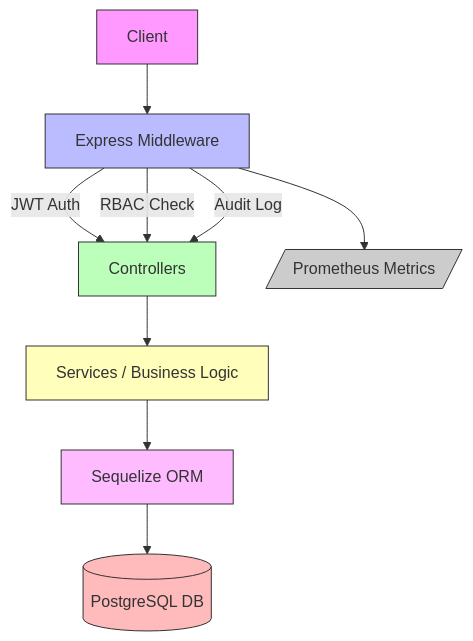
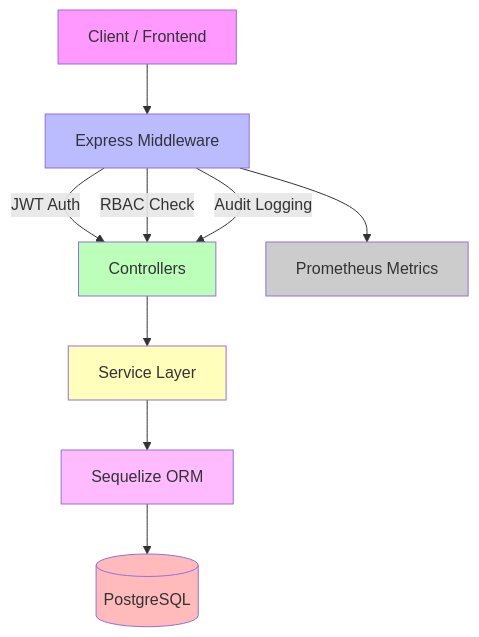
One commit to olubusade/emr-suite-backend changed the diagram in README.md. Above: the diagram before and after it, drawn with Mermaid. The commit also changed other lines of this file and 34 other files, not shown here.

````diff
--- a/README.md
+++ b/README.md
@@ -90,19 +176,19 @@
 ```mermaid
 flowchart TD
-    A[Client] --> B[Express Middleware]
+    A[Client / Frontend] --> B[Express Middleware]
     B -->|JWT Auth| C[Controllers]
     B -->|RBAC Check| C
-    B -->|Audit Log| C
-    C --> D[Services / Business Logic]
+    B -->|Audit Logging| C
+    C --> D[Service Layer]
     D --> E[Sequelize ORM]
-    E --> F[(PostgreSQL DB)]
-    B --> G[/Prometheus Metrics/]
+    E --> F[(PostgreSQL)]
+    B --> G[Prometheus Metrics]
 
-    style A fill:#f9f,stroke:#333
-    style B fill:#bbf,stroke:#333
-    style C fill:#bfb,stroke:#333
-    style D fill:#ffb,stroke:#333
-    style E fill:#fbf,stroke:#333
-    style F fill:#fbb,stroke:#333
-    style G fill:#ccc,stroke:#333
+    style A fill:#f9f
+    style B fill:#bbf
+    style C fill:#bfb
+    style D fill:#ffb
+    style E fill:#fbf
+    style F fill:#fbb
+    style G fill:#ccc
 ```
````
